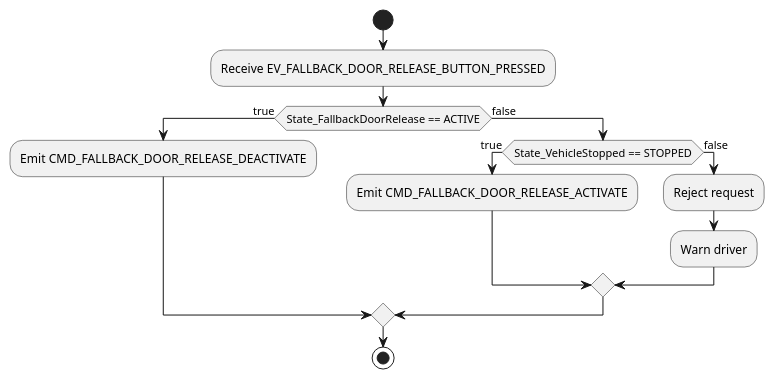
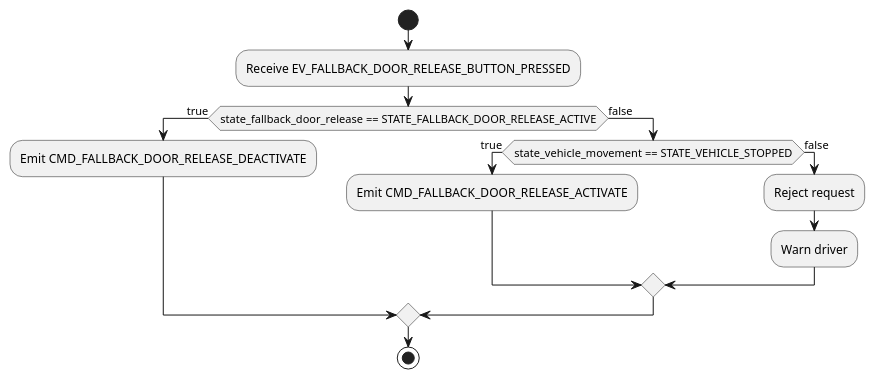
Before and after one commit to paetzholdt/CANRepo: the diagram in docs/activity_diagrams/node-door-controller/fallback_door_release_supervisor_activity.puml, drawn with PlantUML. The commit also changed 3 other files, not shown here.

Commit message:
- add door release fsm and door release supervisor activity diagram - refactor fallback door release fsm and supervisor activity

```diff
--- a/docs/activity_diagrams/node-door-controller/fallback_door_release_supervisor_activity.puml
+++ b/docs/activity_diagrams/node-door-controller/fallback_door_release_supervisor_activity.puml
@@ -1,26 +1,27 @@
 @startuml fallback_door_release_supervisor_activity
 
 start
 
 :Receive EV_FALLBACK_DOOR_RELEASE_BUTTON_PRESSED;
 
 
-if (State_FallbackDoorRelease == ACTIVE) then (true)
+if (state_fallback_door_release == STATE_FALLBACK_DOOR_RELEASE_ACTIVE) then (true)
     :Emit CMD_FALLBACK_DOOR_RELEASE_DEACTIVATE;
 
 
 else (false)
 
-    if (State_VehicleStopped == STOPPED) then (true) 
+    if (state_vehicle_movement == STATE_VEHICLE_STOPPED) then (true) 
         :Emit CMD_FALLBACK_DOOR_RELEASE_ACTIVATE;
     else (false)
         :Reject request;
         :Warn driver;
+
     endif
 
 endif
 
 
 stop
 
 @enduml
```
